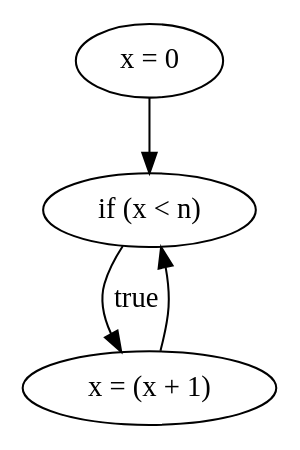
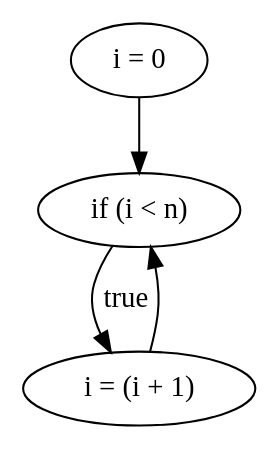
One commit to WorldofKerry/ToHDL changed the diagram in graph.dot. Above: the diagram before and after it, drawn with Graphviz. The commit also changed 4 other files, not shown here.

```diff
--- a/graph.dot
+++ b/graph.dot
@@ -1,8 +1,8 @@
 digraph {
-    0 [ label = "x = 0" ]
-    1 [ label = "if (x < n)" ]
-    2 [ label = "x = (x + 1)" ]
+    0 [ label = "i = 0" ]
+    1 [ label = "if (i < n)" ]
+    2 [ label = "i = (i + 1)" ]
     0 -> 1 [ label = "" ]
     1 -> 2 [ label = "true" ]
     2 -> 1 [ label = "" ]
 }
```
